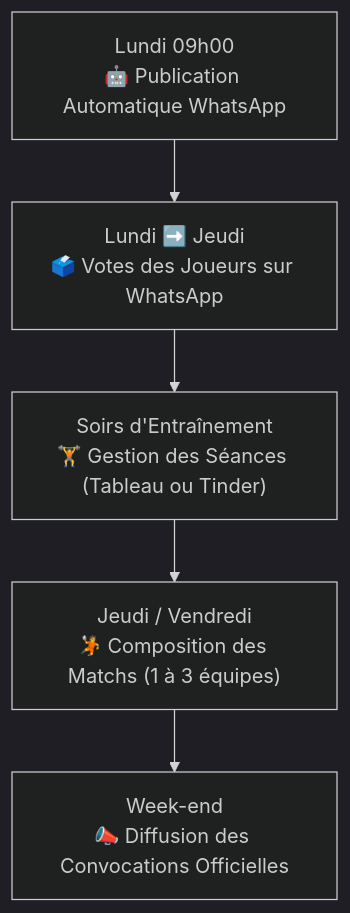
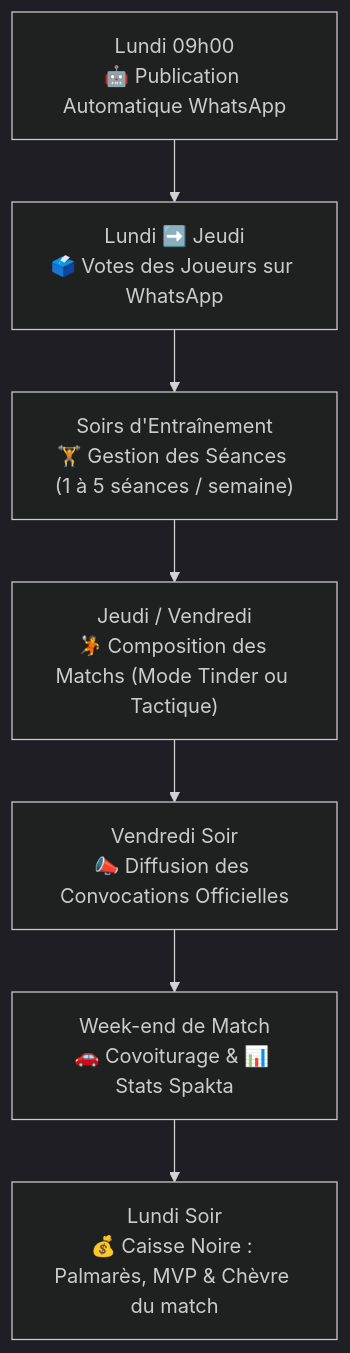
Before and after one commit to pidgey56/handball-bot-template: the diagram in GUIDE_UTILISATION.md, drawn with Mermaid (dark theme). The commit also changed other lines of this file and 2 other files, not shown here.

````diff
--- a/GUIDE_UTILISATION.md
+++ b/GUIDE_UTILISATION.md
@@ -13,7 +13,9 @@
 ```mermaid
 flowchart TD
     A["Lundi 09h00<br/>🤖 Publication Automatique WhatsApp"] --> B["Lundi ➡️ Jeudi<br/>🗳️ Votes des Joueurs sur WhatsApp"]
-    B --> C["Soirs d'Entraînement<br/>🏋️ Gestion des Séances (Tableau ou Tinder)"]
-    C --> D["Jeudi / Vendredi<br/>🤾 Composition des Matchs (1 à 3 équipes)"]
-    D --> E["Week-end<br/>📣 Diffusion des Convocations Officielles"]
+    B --> C["Soirs d'Entraînement<br/>🏋️ Gestion des Séances (1 à 5 séances / semaine)"]
+    C --> D["Jeudi / Vendredi<br/>🤾 Composition des Matchs (Mode Tinder ou Tactique)"]
+    D --> E["Vendredi Soir<br/>📣 Diffusion des Convocations Officielles"]
+    E --> F["Week-end de Match<br/>🚗 Covoiturage & 📊 Stats Spakta"]
+    F --> G["Lundi Soir<br/>💰 Caisse Noire : Palmarès, MVP & Chèvre du match"]
 ```
````
